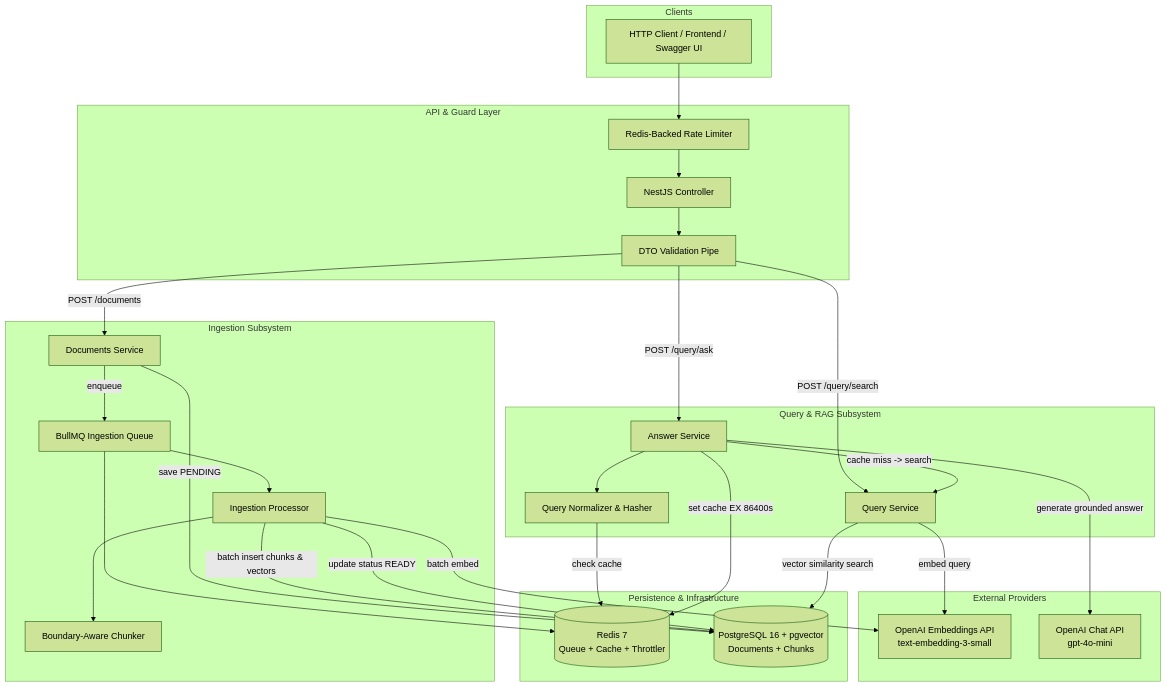
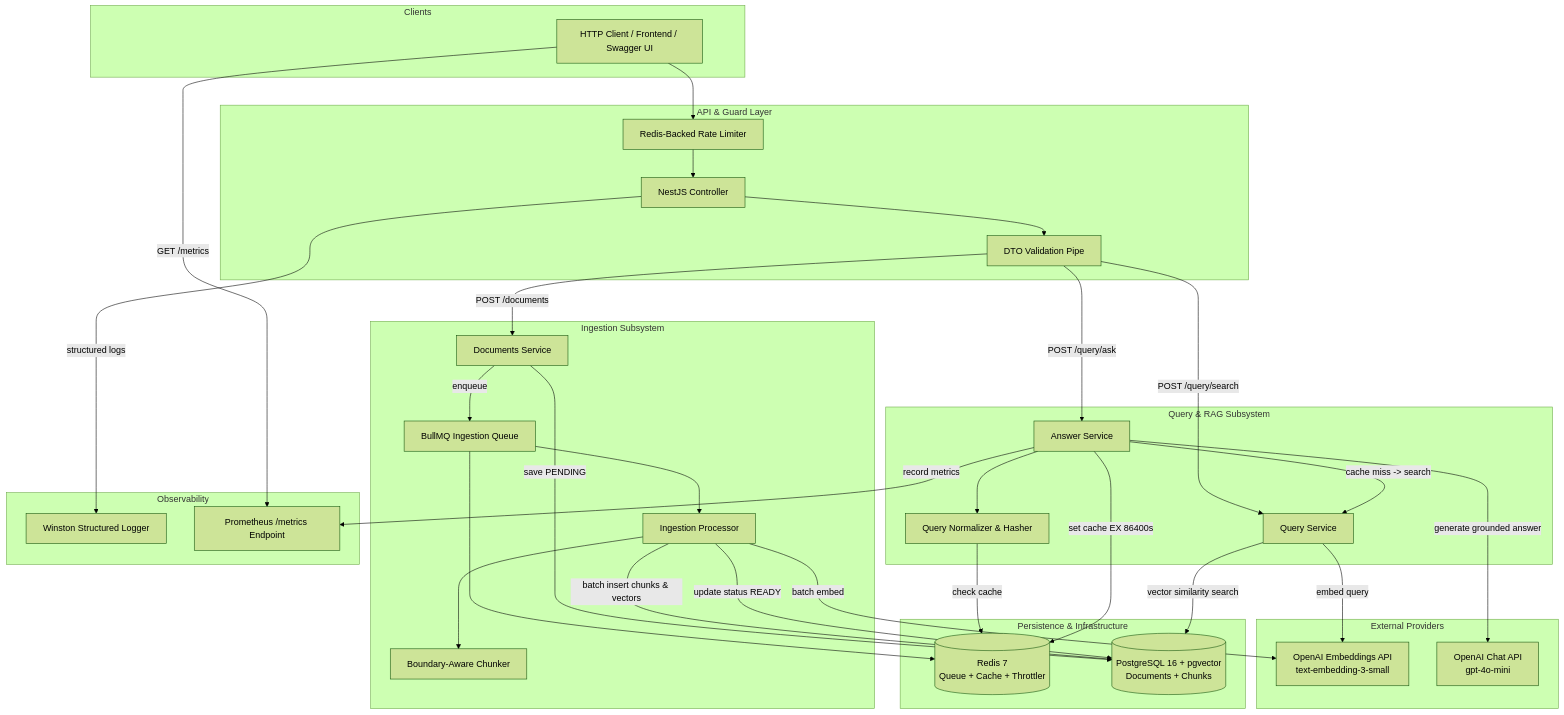
The first of 5 diagrams in README.md (mo74x/Docmind), drawn with Mermaid (forest theme) before and after one commit. The commit also changed other lines of this file, not shown here.

First line of the commit message:
docs: overhaul README with observability section, architecture diagrams, and visual enhancements

````diff
--- a/README.md
+++ b/README.md
@@ -48,61 +67,71 @@
 ```mermaid
 graph TB
     subgraph "Clients"
         CLIENT[HTTP Client / Frontend / Swagger UI]
     end
 
     subgraph "API & Guard Layer"
         GATEWAY[NestJS Controller]
         THROTTLE[Redis-Backed Rate Limiter]
         VALIDATION[DTO Validation Pipe]
     end
 
     subgraph "Ingestion Subsystem"
         DOC_SVC[Documents Service]
         BULLMQ[BullMQ Ingestion Queue]
         WORKER[Ingestion Processor]
         CHUNKER[Boundary-Aware Chunker]
     end
 
     subgraph "Query & RAG Subsystem"
         QUERY_SVC[Query Service]
         ANSWER_SVC[Answer Service]
         NORMALIZER[Query Normalizer & Hasher]
+    end
+
+    subgraph "Observability"
+        WINSTON[Winston Structured Logger]
+        PROM[Prometheus /metrics Endpoint]
     end
 
     subgraph "External Providers"
         OPENAI_EMBED[OpenAI Embeddings API<br/>text-embedding-3-small]
         OPENAI_CHAT[OpenAI Chat API<br/>gpt-4o-mini]
     end
 
     subgraph "Persistence & Infrastructure"
         REDIS[(Redis 7<br/>Queue + Cache + Throttler)]
         PG[(PostgreSQL 16 + pgvector<br/>Documents + Chunks)]
     end
 
     CLIENT --> THROTTLE
     THROTTLE --> GATEWAY
     GATEWAY --> VALIDATION
 
     %% Ingestion Flow
     VALIDATION -->|POST /documents| DOC_SVC
     DOC_SVC -->|save PENDING| PG
     DOC_SVC -->|enqueue| BULLMQ
     BULLMQ --> REDIS
     BULLMQ --> WORKER
     WORKER --> CHUNKER
     WORKER -->|batch embed| OPENAI_EMBED
     WORKER -->|batch insert chunks & vectors| PG
     WORKER -->|update status READY| PG
 
     %% Query & Answer Flow
     VALIDATION -->|POST /query/search| QUERY_SVC
     VALIDATION -->|POST /query/ask| ANSWER_SVC
     ANSWER_SVC --> NORMALIZER
     NORMALIZER -->|check cache| REDIS
     ANSWER_SVC -->|cache miss -> search| QUERY_SVC
     QUERY_SVC -->|embed query| OPENAI_EMBED
     QUERY_SVC -->|vector similarity search| PG
     ANSWER_SVC -->|generate grounded answer| OPENAI_CHAT
     ANSWER_SVC -->|set cache EX 86400s| REDIS
+
+    %% Observability
+    ANSWER_SVC -->|record metrics| PROM
+    GATEWAY -->|structured logs| WINSTON
+    CLIENT -->|GET /metrics| PROM
 ```
````
